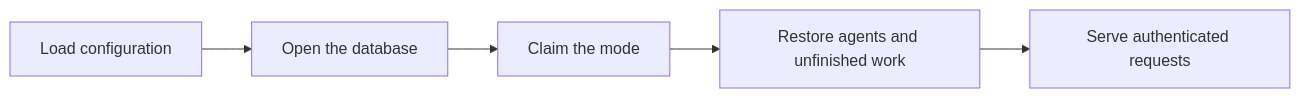
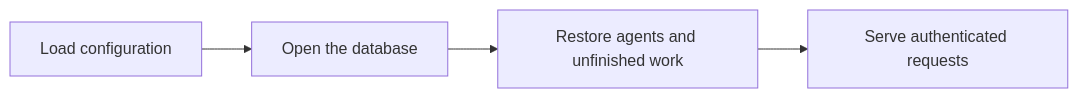
Before and after one commit to chughtapan/moltzap-staging: the first of 3 diagrams in src/daemon/README.md, drawn with Mermaid. The commit also changed other lines of this file and 7 other files, not shown here.

````diff
--- a/src/daemon/README.md
+++ b/src/daemon/README.md
@@ -19,7 +19,6 @@
 ```mermaid
 flowchart LR
   A[Load configuration] --> B[Open the database]
-  B --> C[Claim the mode]
-  C --> D[Restore agents and unfinished work]
+  B --> D[Restore agents and unfinished work]
   D --> E[Serve authenticated requests]
 ```
````
